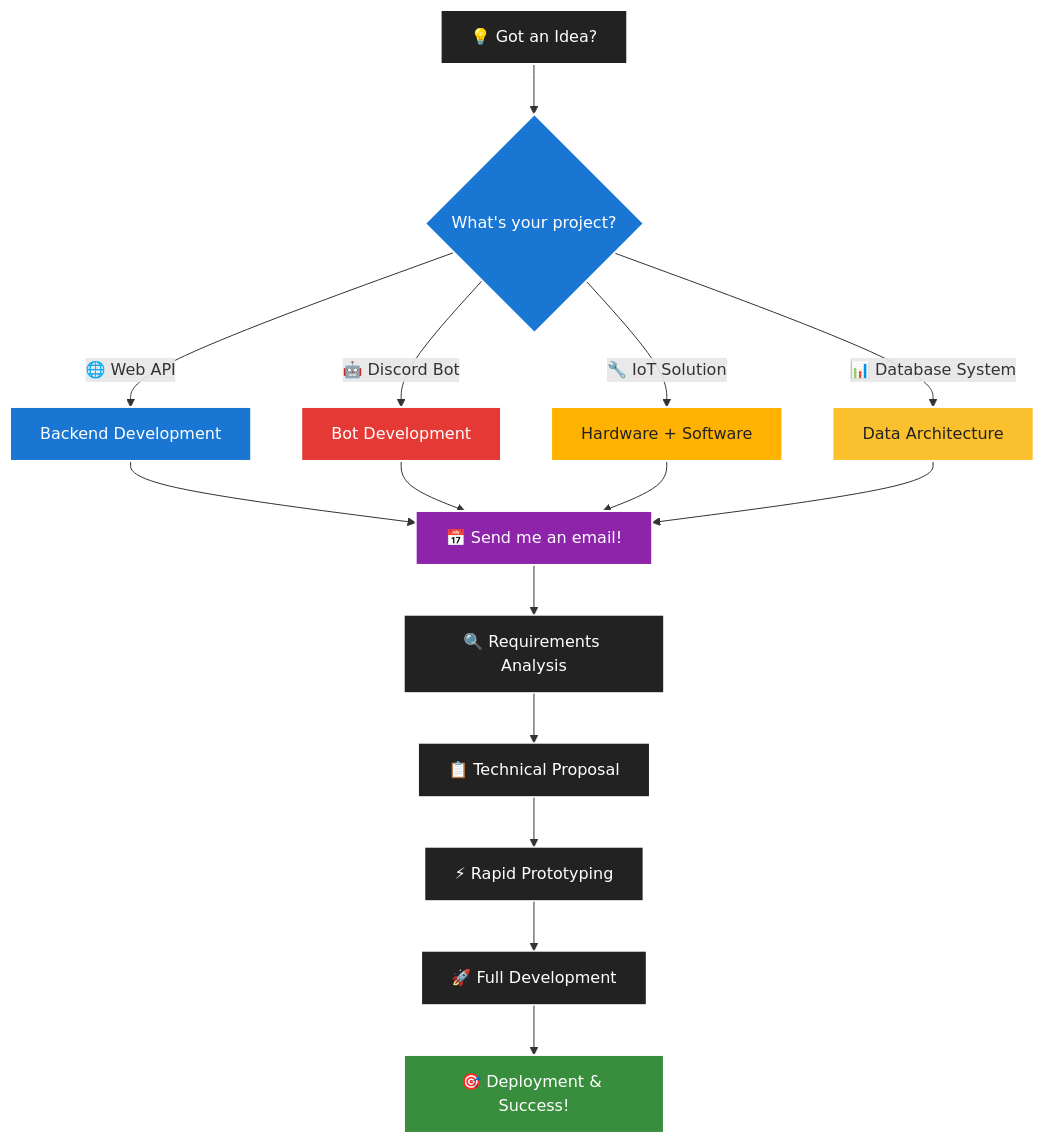
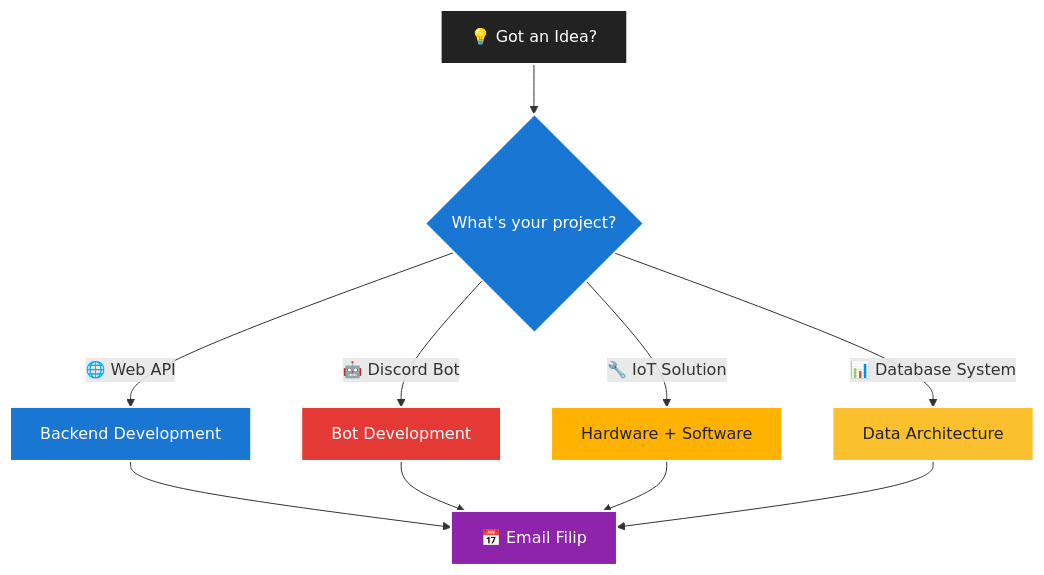
Before and after one commit to fpindej/fpindej: the first of 2 diagrams in README.md, drawn with Mermaid. The commit also changed other lines of this file, not shown here.

````diff
--- a/README.md
+++ b/README.md
@@ -82,35 +11,20 @@
 ```mermaid
 flowchart TD
     A[💡 Got an Idea?] --> B{What's your project?}
-    
     B -->|🌐 Web API| C[Backend Development]
     B -->|🤖 Discord Bot| D[Bot Development]
     B -->|🔧 IoT Solution| E[Hardware + Software]
     B -->|📊 Database System| F[Data Architecture]
-    
-    C --> G[📅 Send me an email!]
+    C --> G[📅 Email Filip]
     D --> G
     E --> G
     F --> G
-    
-    G --> H[🔍 Requirements Analysis]
-    H --> I[📋 Technical Proposal]
-    I --> J[⚡ Rapid Prototyping]
-    J --> K[🚀 Full Development]
-    K --> L[🎯 Deployment & Success!]
-    
+    click G "mailto:contact@mail.pindej.cz" "Send me an email!"
     style A fill:#222,stroke:#fff,stroke-width:2px,color:#fff
     style G fill:#8e24aa,stroke:#fff,stroke-width:2px,color:#fff
-    style L fill:#388e3c,stroke:#fff,stroke-width:2px,color:#fff
     style B fill:#1976d2,stroke:#fff,stroke-width:2px,color:#fff
     style C fill:#1976d2,stroke:#fff,stroke-width:2px,color:#fff
     style D fill:#e53935,stroke:#fff,stroke-width:2px,color:#fff
     style E fill:#ffb300,stroke:#fff,stroke-width:2px,color:#222
     style F fill:#fbc02d,stroke:#fff,stroke-width:2px,color:#222
-    style H fill:#222,stroke:#fff,stroke-width:1.5px,color:#fff
-    style I fill:#222,stroke:#fff,stroke-width:1.5px,color:#fff
-    style J fill:#222,stroke:#fff,stroke-width:1.5px,color:#fff
-    style K fill:#222,stroke:#fff,stroke-width:1.5px,color:#fff
-    
-    click G "mailto:contact@mail.pindej.cz" "Send me an email!"
 ```
````
